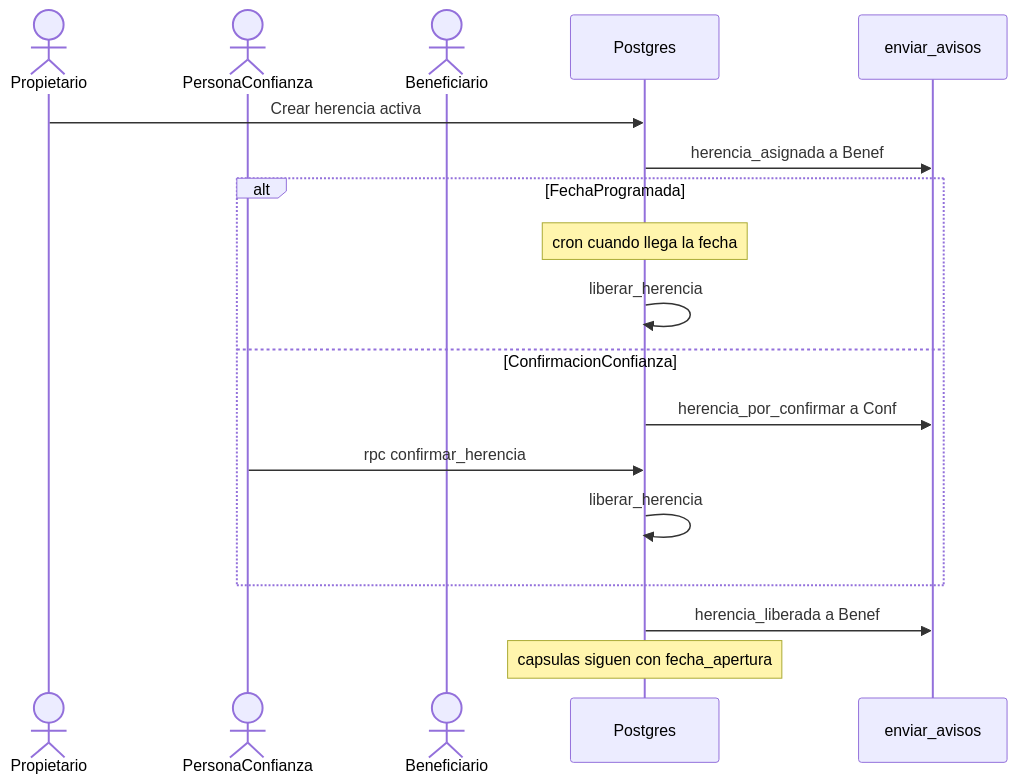
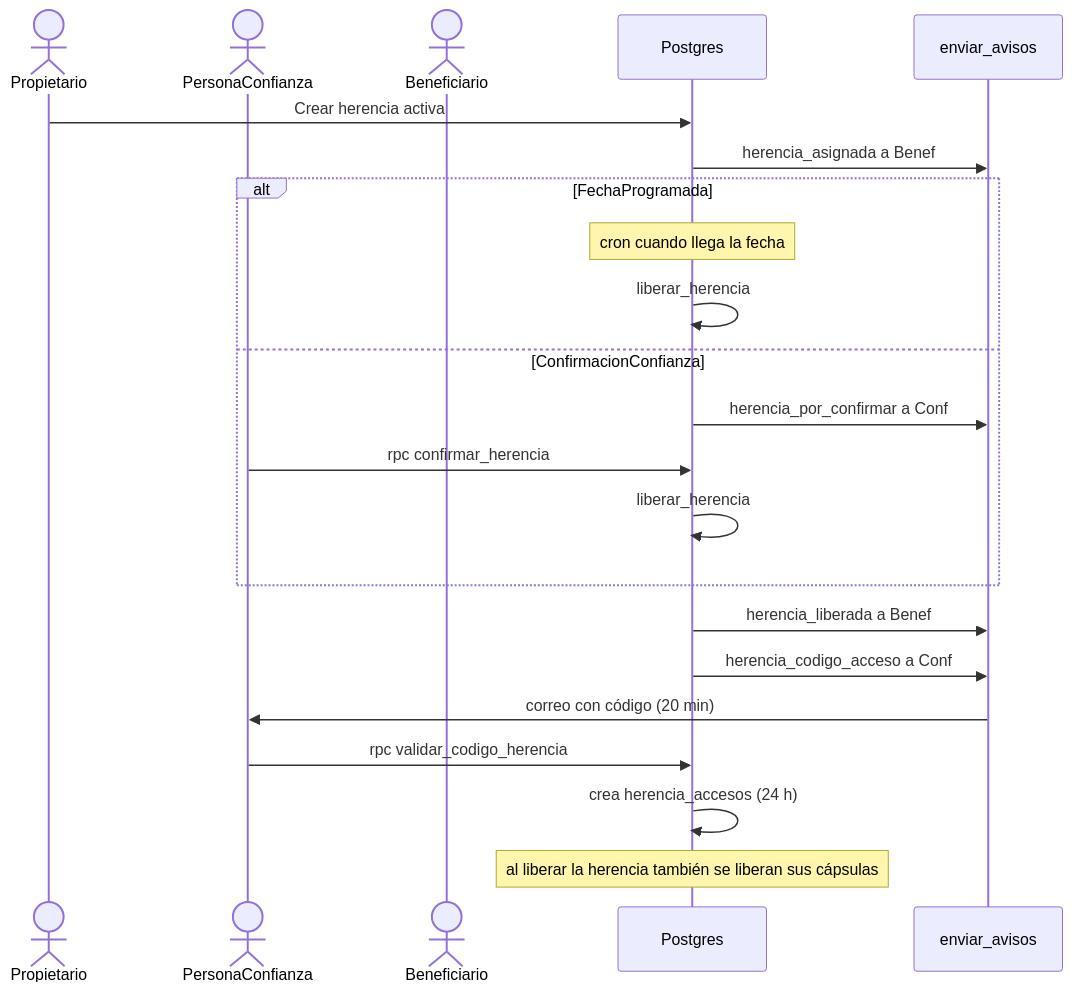
One commit to DeibyRamirez/Capsoul changed the first of 2 diagrams in docs/11-legado-y-retos.md. Above: the diagram before and after it, drawn with Mermaid. The commit also changed other lines of this file and 42 other files, not shown here.

First line of the commit message:
funcionalidad(legado): acceso con código y cápsulas sujetas a la fecha

````diff
--- a/docs/11-legado-y-retos.md
+++ b/docs/11-legado-y-retos.md
@@ -24,20 +46,24 @@
 ```mermaid
 sequenceDiagram
   actor Prop as Propietario
   actor Conf as PersonaConfianza
   actor Benef as Beneficiario
   participant PG as Postgres
   participant FCM as enviar_avisos
   Prop->>PG: Crear herencia activa
   PG->>FCM: herencia_asignada a Benef
   alt FechaProgramada
     Note over PG: cron cuando llega la fecha
     PG->>PG: liberar_herencia
   else ConfirmacionConfianza
     PG->>FCM: herencia_por_confirmar a Conf
     Conf->>PG: rpc confirmar_herencia
     PG->>PG: liberar_herencia
   end
   PG->>FCM: herencia_liberada a Benef
-  Note over PG: capsulas siguen con fecha_apertura
+  PG->>FCM: herencia_codigo_acceso a Conf
+  FCM->>Conf: correo con código (20 min)
+  Conf->>PG: rpc validar_codigo_herencia
+  PG->>PG: crea herencia_accesos (24 h)
+  Note over PG: al liberar la herencia también se liberan sus cápsulas
 ```
````
